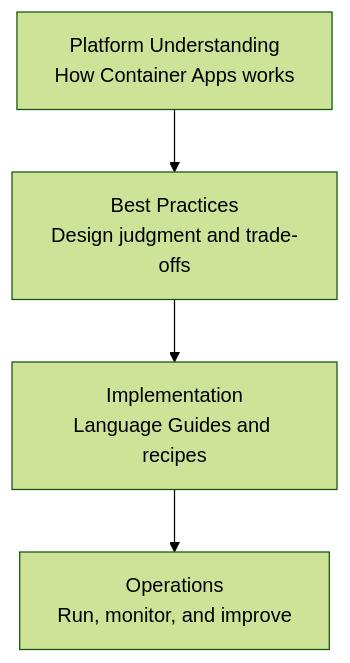
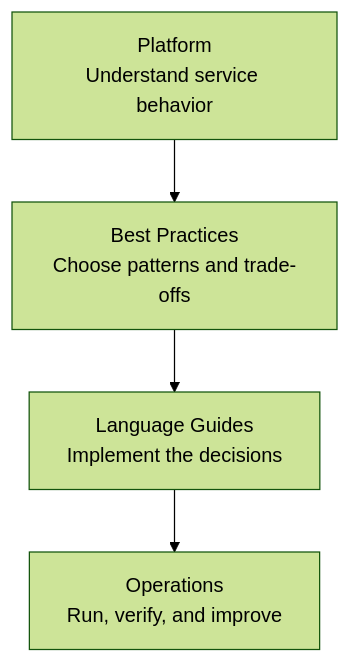
The diagram in docs/best-practices/index.md (yeongseon/azure-container-apps-practical-guide), drawn with Mermaid (forest theme) before and after one commit. The commit also changed other lines of this file and 8 other files, not shown here.

First line of the commit message:
docs(diagrams): migrate the Container Apps best-practices diagrams (#617)

````diff
--- a/docs/best-practices/index.md
+++ b/docs/best-practices/index.md
@@ -30,6 +30,14 @@
 ```mermaid
 flowchart TD
-    A[Platform Understanding<br/>How Container Apps works] --> B[Best Practices<br/>Design judgment and trade-offs]
-    B --> C[Implementation<br/>Language Guides and recipes]
-    C --> D[Operations<br/>Run, monitor, and improve]
+    accTitle: Reader path from platform concepts to operations
+    accDescr: Guides readers from understanding Container Apps platform behavior through design decisions and language implementation to production operations.
+
+    PLATFORM["Platform<br/>Understand service behavior"]
+    PRACTICES["Best Practices<br/>Choose patterns and trade-offs"]
+    GUIDES["Language Guides<br/>Implement the decisions"]
+    OPERATIONS["Operations<br/>Run, verify, and improve"]
+
+    PLATFORM --> PRACTICES
+    PRACTICES --> GUIDES
+    GUIDES --> OPERATIONS
 ```
````
